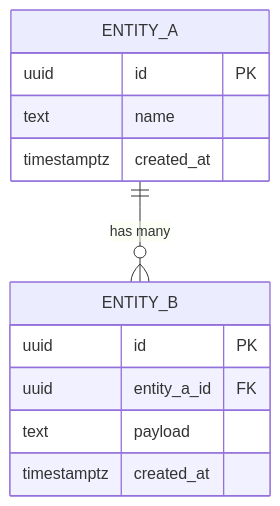
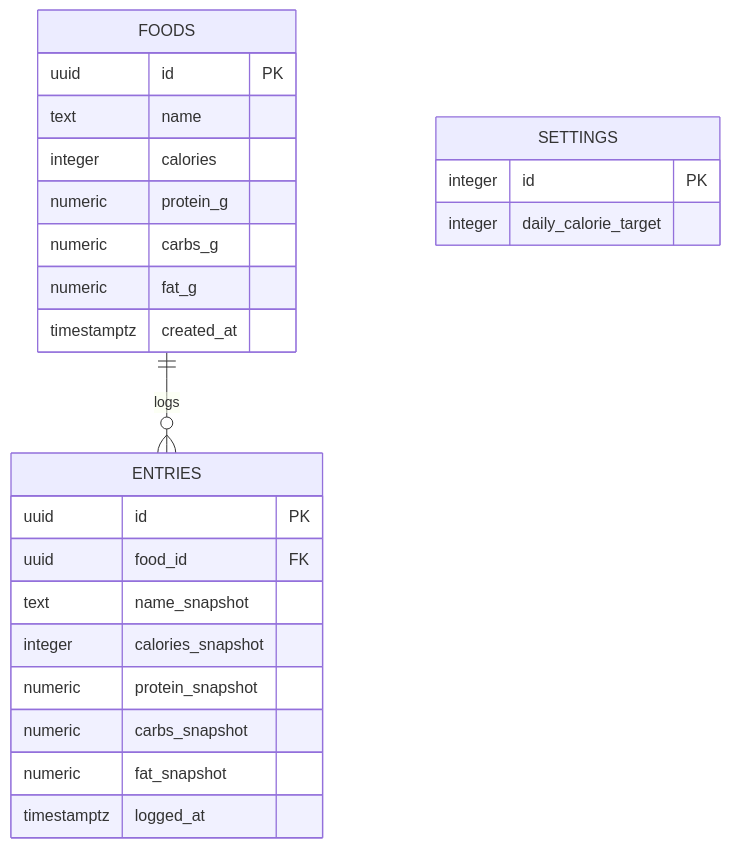
Before and after one commit to rcruzin-ai/saascon: the diagram in template/docs/er-diagram.md, drawn with Mermaid. The commit also changed other lines of this file and 9 other files, not shown here.

First line of the commit message:
T-001: schema for foods + entries + settings (drop examples)

````diff
--- a/template/docs/er-diagram.md
+++ b/template/docs/er-diagram.md
@@ -5,16 +5,28 @@
 ```mermaid
 erDiagram
-  ENTITY_A {
+  FOODS {
     uuid id PK
     text name
+    integer calories
+    numeric protein_g
+    numeric carbs_g
+    numeric fat_g
     timestamptz created_at
   }
-  ENTITY_B {
+  ENTRIES {
     uuid id PK
-    uuid entity_a_id FK
-    text payload
-    timestamptz created_at
+    uuid food_id FK
+    text name_snapshot
+    integer calories_snapshot
+    numeric protein_snapshot
+    numeric carbs_snapshot
+    numeric fat_snapshot
+    timestamptz logged_at
+  }
+  SETTINGS {
+    integer id PK
+    integer daily_calorie_target
   }
 
-  ENTITY_A ||--o{ ENTITY_B : "has many"
+  FOODS ||--o{ ENTRIES : "logs"
 ```
````
